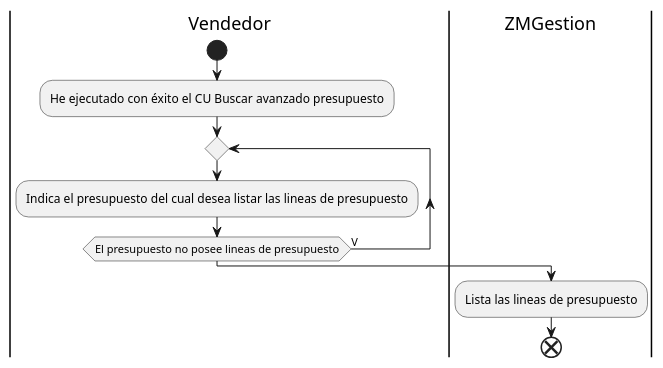
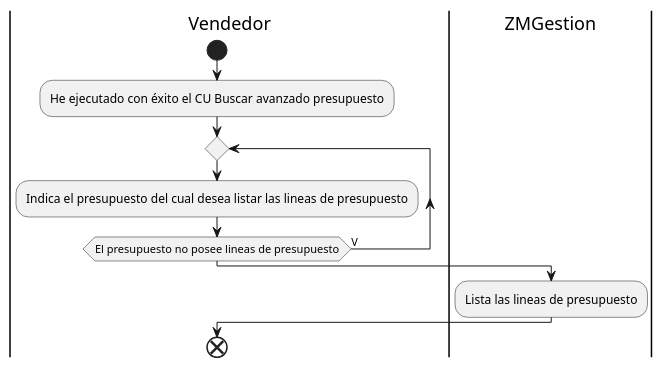
Before and after one commit to ZMGestion/DocumentacionZMGestion: the diagram in Informe Final/DiagramasActividad/listarLineasPresupuesto.puml, drawn with PlantUML. The commit also changed 32 other files, not shown here.

Commit message:
Cambios en DiagramasActividad

```diff
--- a/Informe Final/DiagramasActividad/listarLineasPresupuesto.puml
+++ b/Informe Final/DiagramasActividad/listarLineasPresupuesto.puml
@@ -1,12 +1,13 @@
 @startuml listarLineasPresupuesto
 |Vendedor|
 start
 :He ejecutado con éxito el CU Buscar avanzado presupuesto;
 repeat
 :Indica el presupuesto del cual desea listar las lineas de presupuesto;
 repeat while(El presupuesto no posee lineas de presupuesto) is (V)
 |ZMGestion|
 :Lista las lineas de presupuesto;
+|Vendedor|
 end
 
 @enduml
```
